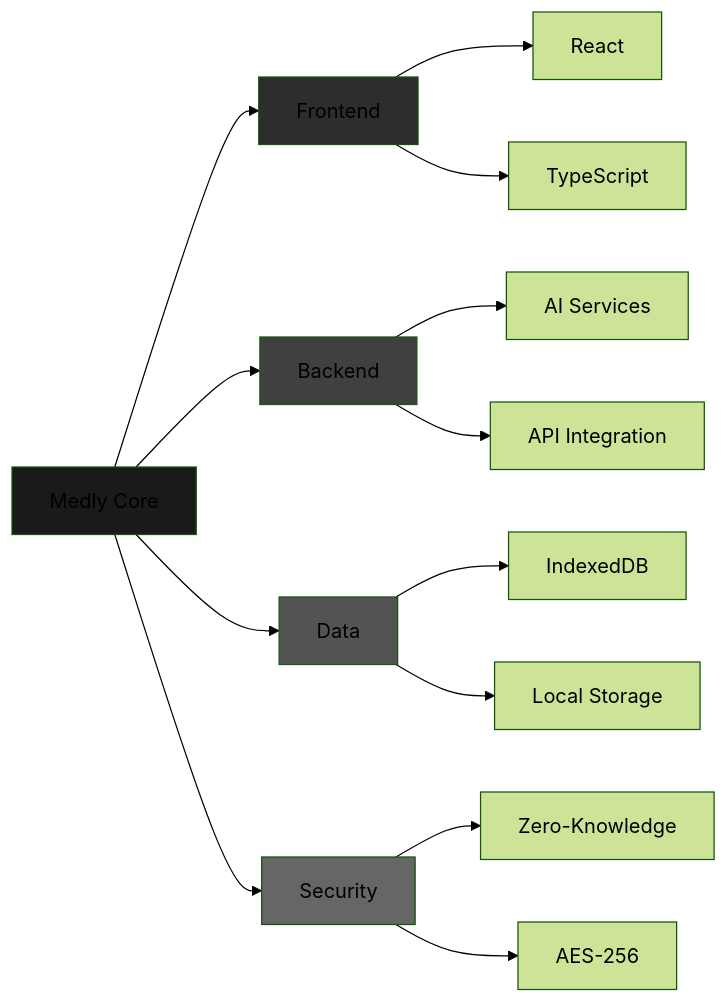
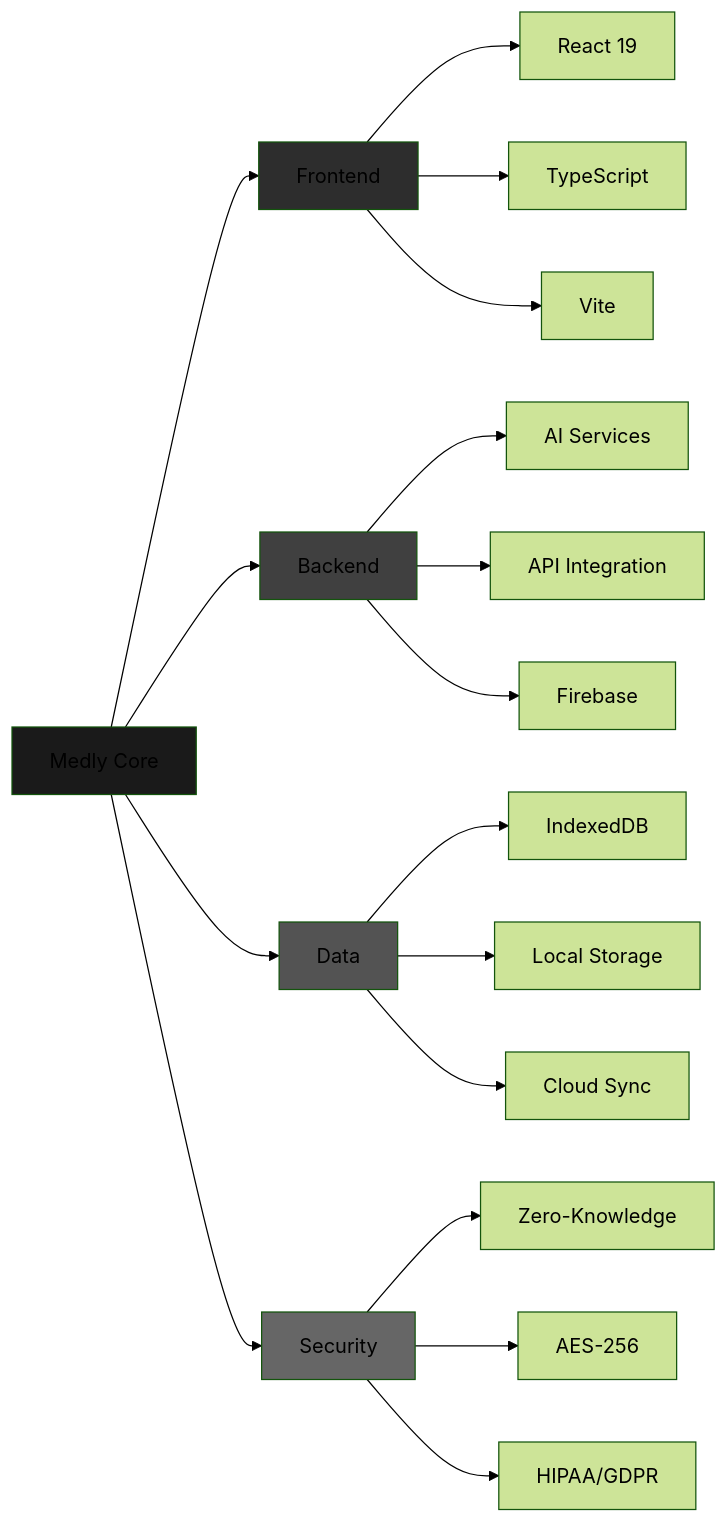
One commit to Iceman-Dann/Medly changed the ninth of 10 diagrams in README.md. Above: the diagram before and after it, drawn with Mermaid (forest theme). The commit also changed other lines of this file and 5 other files, not shown here.

````diff
--- a/README.md
+++ b/README.md
@@ -172,25 +205,29 @@
 ```mermaid
 graph LR
     A[Medly Core] --> B[Frontend]
     A --> C[Backend]
     A --> D[Data]
     A --> E[Security]
     
-    B --> B1[React]
+    B --> B1[React 19]
     B --> B2[TypeScript]
+    B --> B3[Vite]
     
     C --> C1[AI Services]
     C --> C2[API Integration]
+    C --> C3[Firebase]
     
     D --> D1[IndexedDB]
     D --> D2[Local Storage]
+    D --> D3[Cloud Sync]
     
     E --> E1[Zero-Knowledge]
     E --> E2[AES-256]
+    E --> E3[HIPAA/GDPR]
     
     style A fill:#1a1a1a
     style B fill:#2d2d2d
     style C fill:#404040
     style D fill:#535353
     style E fill:#666666
 ```
````
